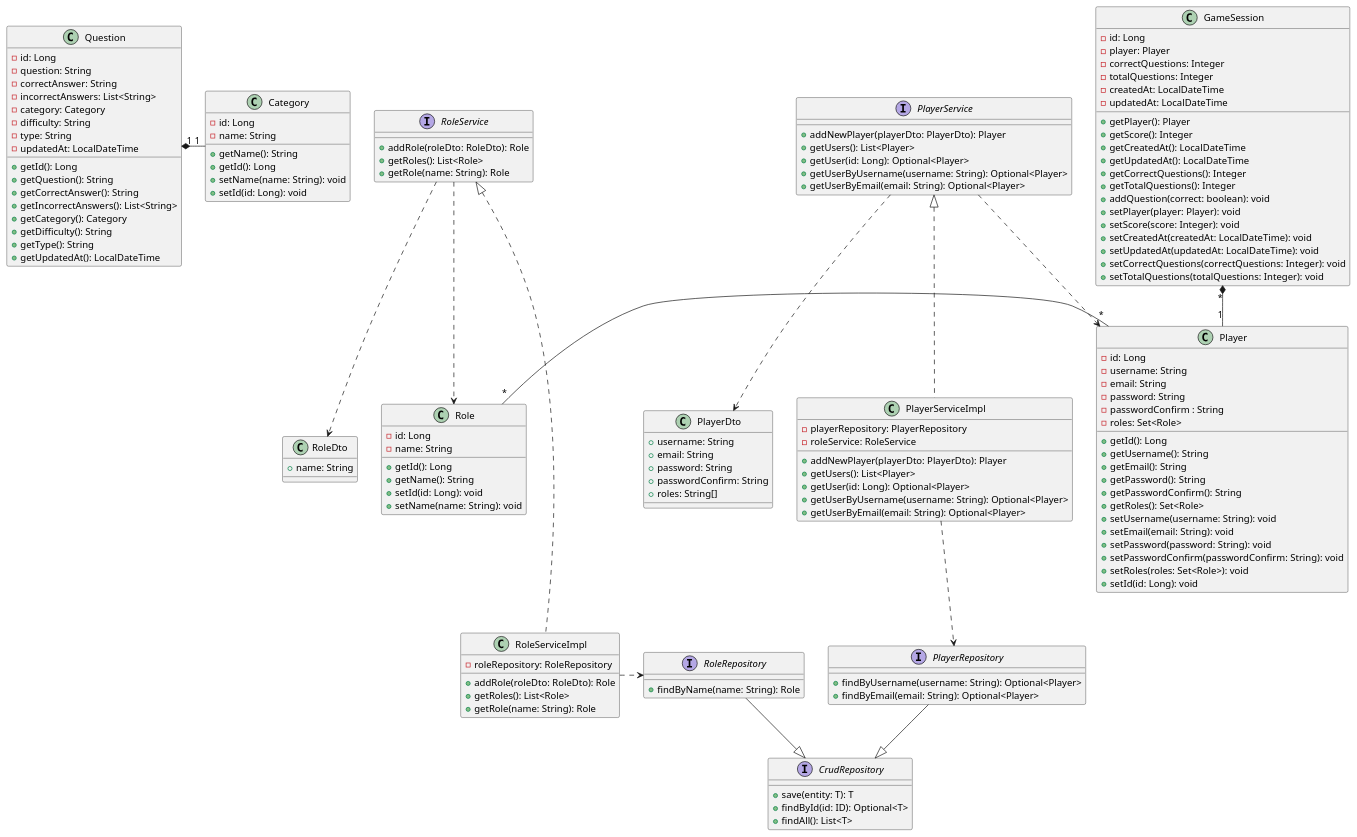
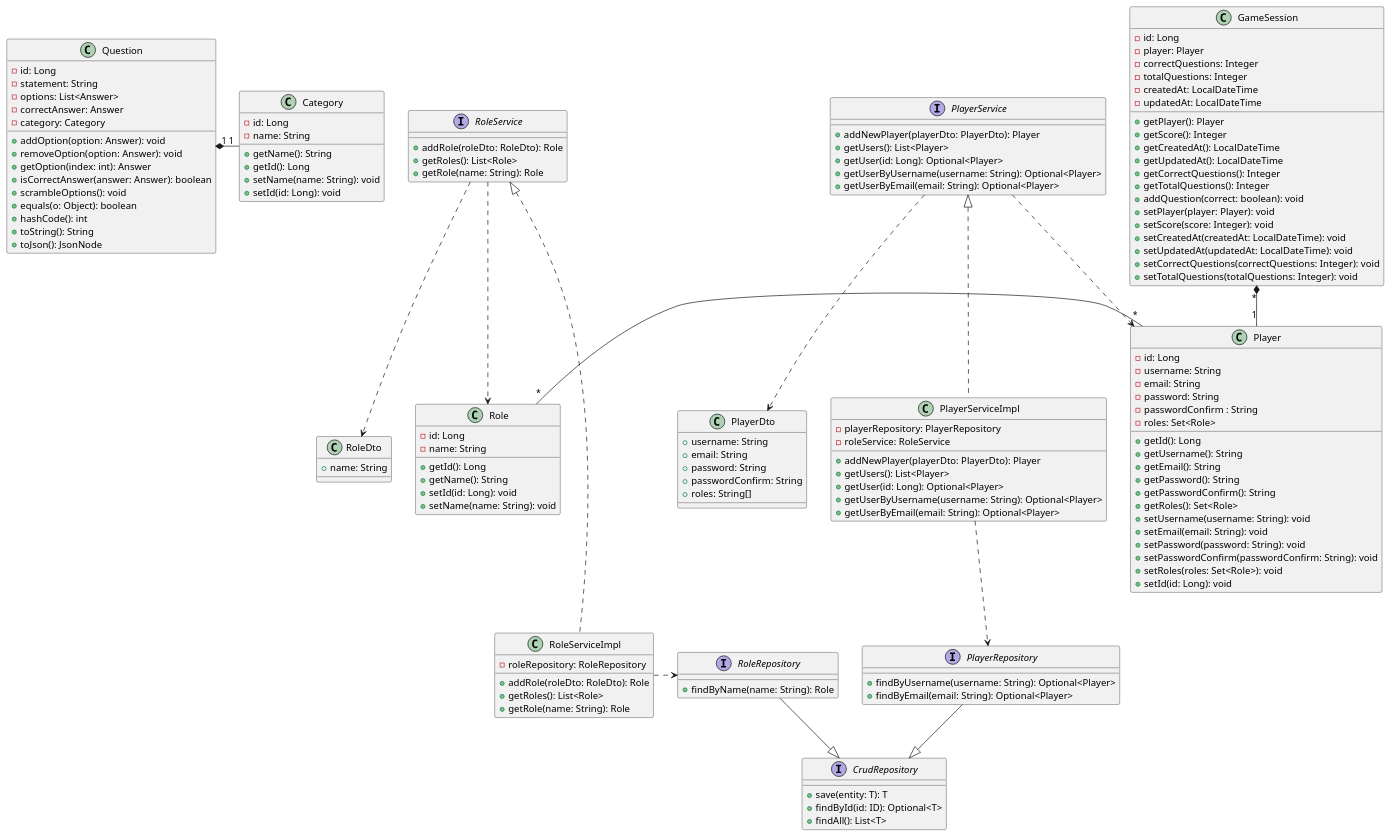
One commit to Arquisoft/wiq_es04b changed the first of 2 diagrams in docs/src/08_concepts.adoc. Above: the diagram before and after it, drawn with PlantUML.

Commit message:
Question actualizado

```diff
--- a/docs/src/08_concepts.adoc
+++ b/docs/src/08_concepts.adoc
@@ -15,21 +15,19 @@
 @startuml
 class Question {
   - id: Long
-  - question: String
-  - correctAnswer: String
-  - incorrectAnswers: List<String>
+  - statement: String
+  - options: List<Answer>
+  - correctAnswer: Answer
   - category: Category
-  - difficulty: String
-  - type: String
-  - updatedAt: LocalDateTime
-  + getId(): Long
-  + getQuestion(): String
-  + getCorrectAnswer(): String
-  + getIncorrectAnswers(): List<String>
-  + getCategory(): Category
-  + getDifficulty(): String
-  + getType(): String
-  + getUpdatedAt(): LocalDateTime
+  + addOption(option: Answer): void
+  + removeOption(option: Answer): void
+  + getOption(index: int): Answer
+  + isCorrectAnswer(answer: Answer): boolean
+  + scrambleOptions(): void
+  + equals(o: Object): boolean
+  + hashCode(): int
+  + toString(): String
+  + toJson(): JsonNode
 }
 
 class Category {
```
